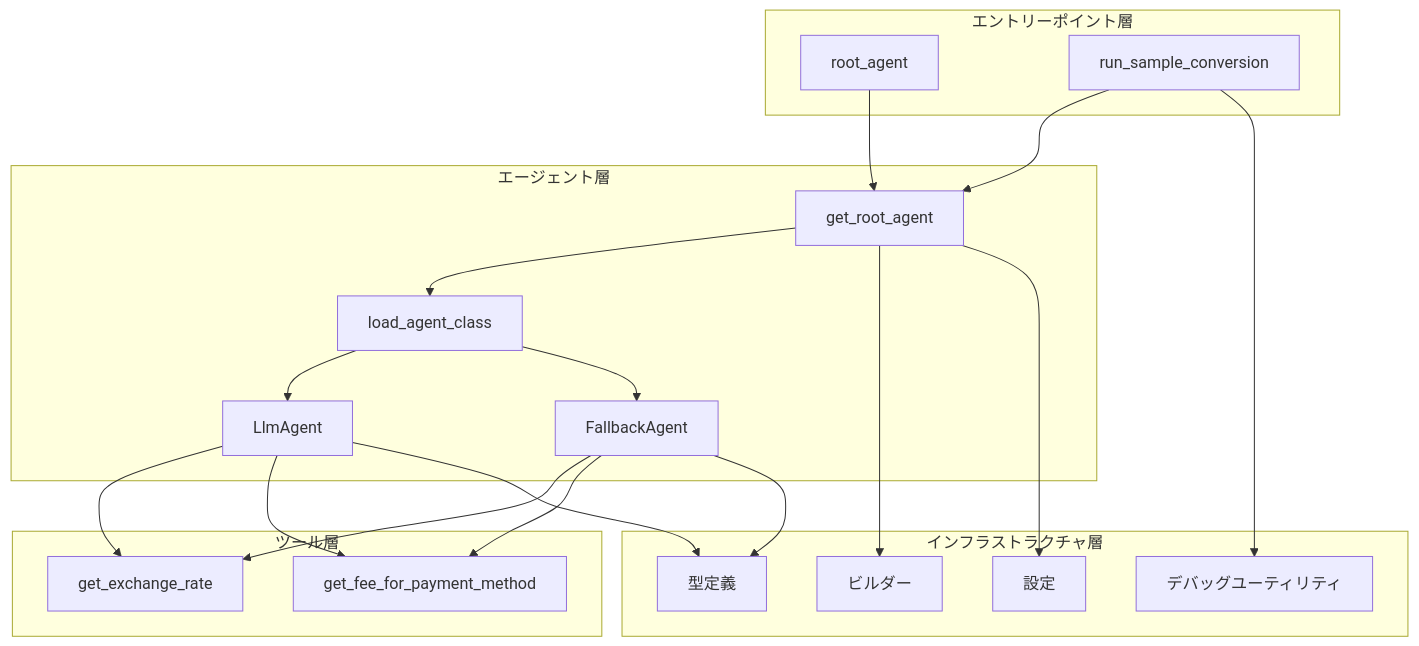
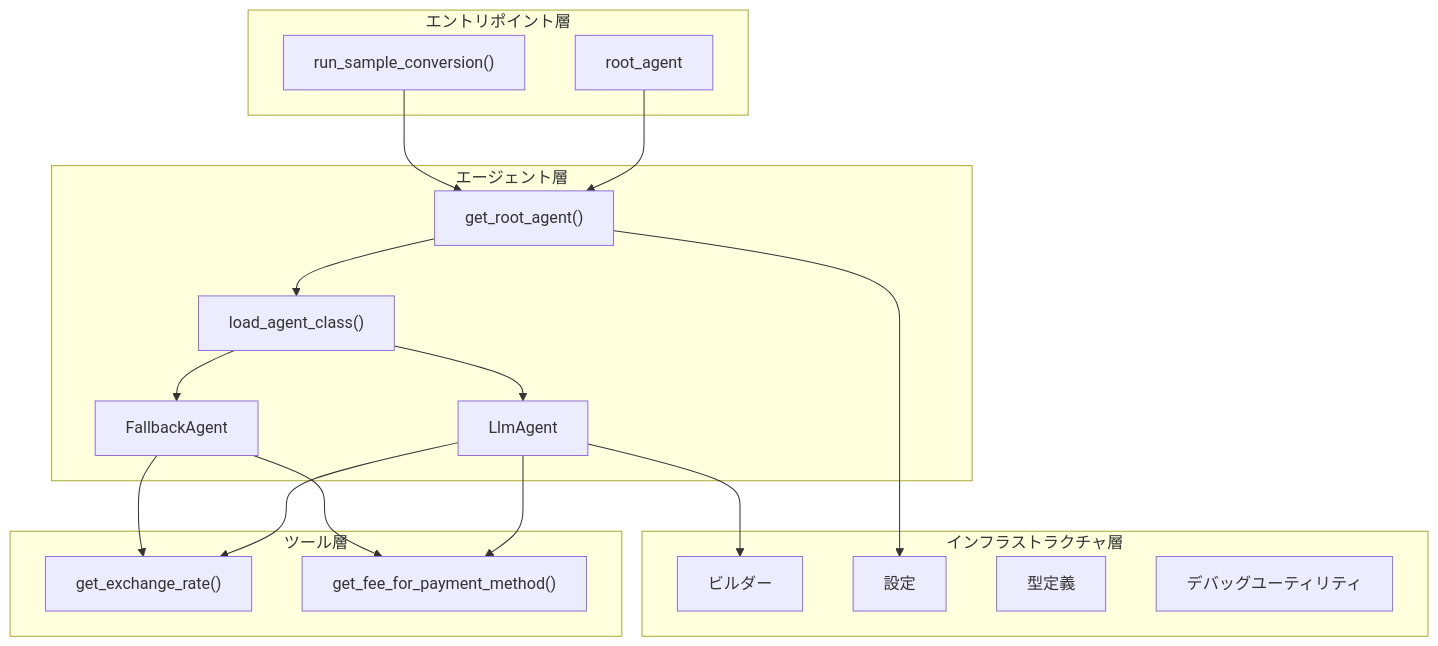
Before and after one commit to myoshi2891/5-Day-AI-Agents-Intensive: the second of 5 diagrams in README.md, drawn with Mermaid. The commit also changed other lines of this file, not shown here.

````diff
--- a/README.md
+++ b/README.md
@@ -46,41 +57,38 @@
 ```mermaid
-graph TB
-    subgraph "エントリーポイント層"
-        A[root_agent]
-        B[run_sample_conversion]
+graph TD
+    subgraph "エントリポイント層"
+        RootAgent["root_agent"]
+        RunSample["run_sample_conversion()"]
     end
     
     subgraph "エージェント層"
-        C[get_root_agent]
-        D[load_agent_class]
-        E[LlmAgent]
-        F[FallbackAgent]
+        GetRoot["get_root_agent()"]
+        LoadClass["load_agent_class()"]
+        LlmAgent["LlmAgent"]
+        FallbackAgent["FallbackAgent"]
     end
     
     subgraph "ツール層"
-        G[get_exchange_rate]
-        H[get_fee_for_payment_method]
+        GetRate["get_exchange_rate()"]
+        GetFee["get_fee_for_payment_method()"]
     end
     
     subgraph "インフラストラクチャ層"
-        I[ビルダー]
-        J[設定]
-        K[型定義]
-        L[デバッグユーティリティ]
+        Builders["ビルダー"]
+        Config["設定"]
+        Types["型定義"]
+        Debug["デバッグユーティリティ"]
     end
     
-    A --> C
-    B --> C
-    C --> D
-    D --> E
-    D --> F
-    E --> G
-    E --> H
-    F --> G
-    F --> H
-    C --> I
-    C --> J
-    E --> K
-    F --> K
-    B --> L
+    RootAgent --> GetRoot
+    RunSample --> GetRoot
+    GetRoot --> LoadClass
+    LoadClass --> LlmAgent
+    LoadClass --> FallbackAgent
+    LlmAgent --> GetRate
+    LlmAgent --> GetFee
+    FallbackAgent --> GetRate
+    FallbackAgent --> GetFee
+    GetRoot --> Config
+    LlmAgent --> Builders
 ```
````
